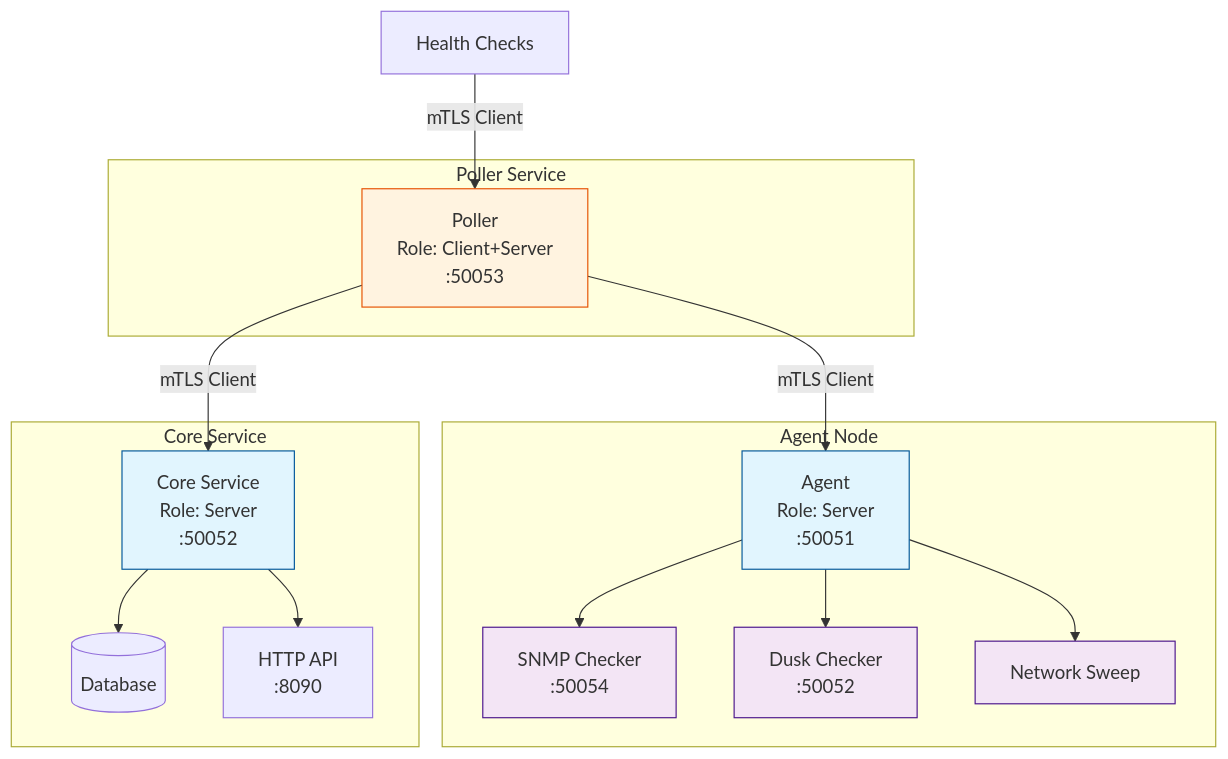
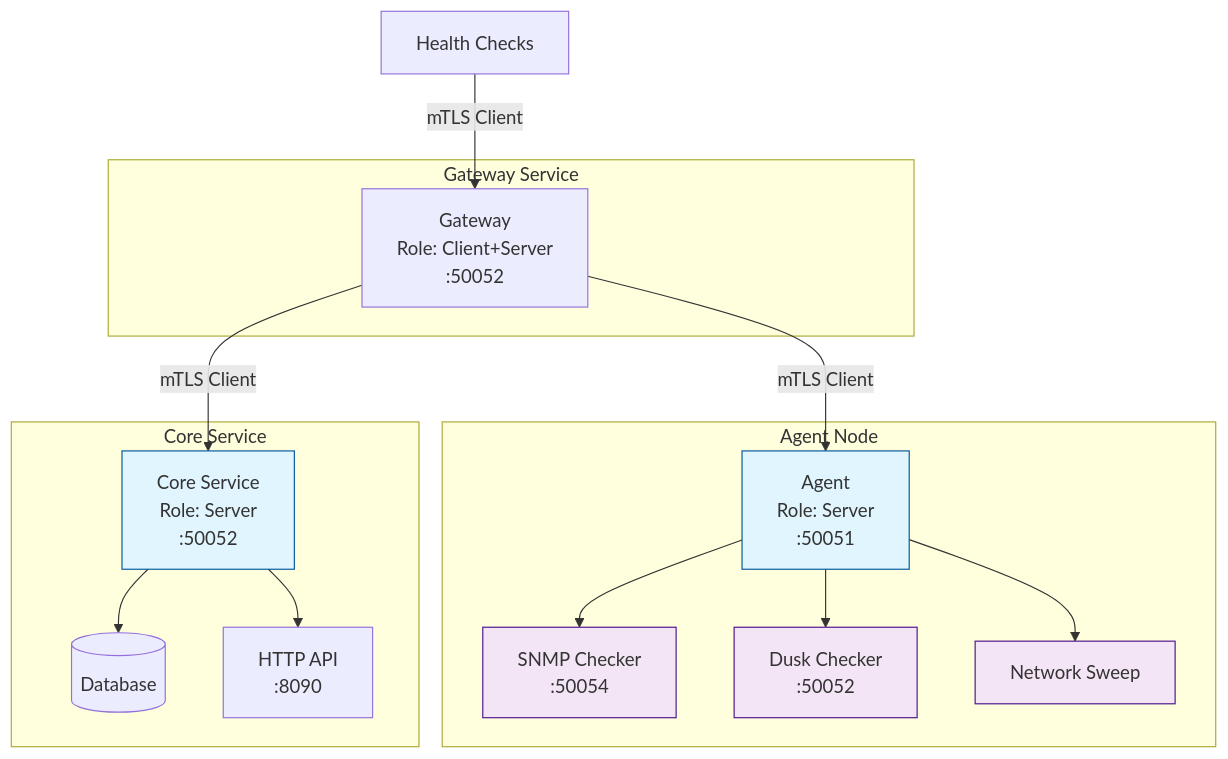
Before and after one commit to carverauto/serviceradar: the second of 7 diagrams in docs/docs/architecture.md, drawn with Mermaid. The commit also changed other lines of this file and 118 other files, not shown here.

````diff
--- a/docs/docs/architecture.md
+++ b/docs/docs/architecture.md
@@ -245,41 +245,41 @@
 ```mermaid
 graph TB
 subgraph "Agent Node"
 AG[Agent<br/>Role: Server<br/>:50051]
 SNMPCheck[SNMP Checker<br/>:50054]
 DuskCheck[Dusk Checker<br/>:50052]
 SweepCheck[Network Sweep]
 
         AG --> SNMPCheck
         AG --> DuskCheck
         AG --> SweepCheck
     end
     
-    subgraph "Poller Service"
-        PL[Poller<br/>Role: Client+Server<br/>:50053]
+    subgraph "Gateway Service"
+        GW[Gateway<br/>Role: Client+Server<br/>:50052]
     end
     
     subgraph "Core Service"
         CL[Core Service<br/>Role: Server<br/>:50052]
         DB[(Database)]
         API[HTTP API<br/>:8090]
         
         CL --> DB
         CL --> API
     end
     
-    %% Client connections from Poller
-    PL -->|mTLS Client| AG
-    PL -->|mTLS Client| CL
+    %% Client connections from Gateway
+    GW -->|mTLS Client| AG
+    GW -->|mTLS Client| CL
     
-    %% Server connections to Poller
-    HC1[Health Checks] -->|mTLS Client| PL
+    %% Server connections to Gateway
+    HC1[Health Checks] -->|mTLS Client| GW
     
     classDef server fill:#e1f5fe,stroke:#01579b
     classDef client fill:#f3e5f5,stroke:#4a148c
     classDef dual fill:#fff3e0,stroke:#e65100
     
     class AG,CL server
     class PL dual
     class SNMPCheck,DuskCheck,SweepCheck client
 ```
````
